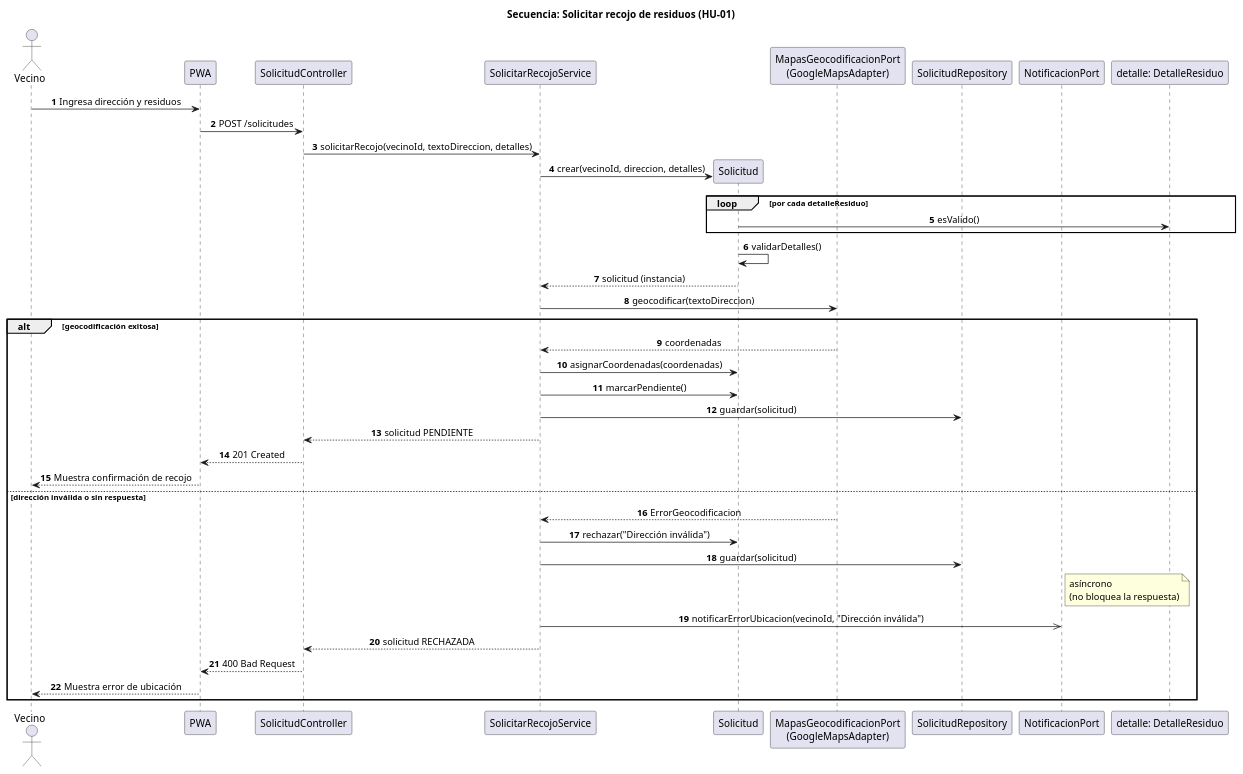
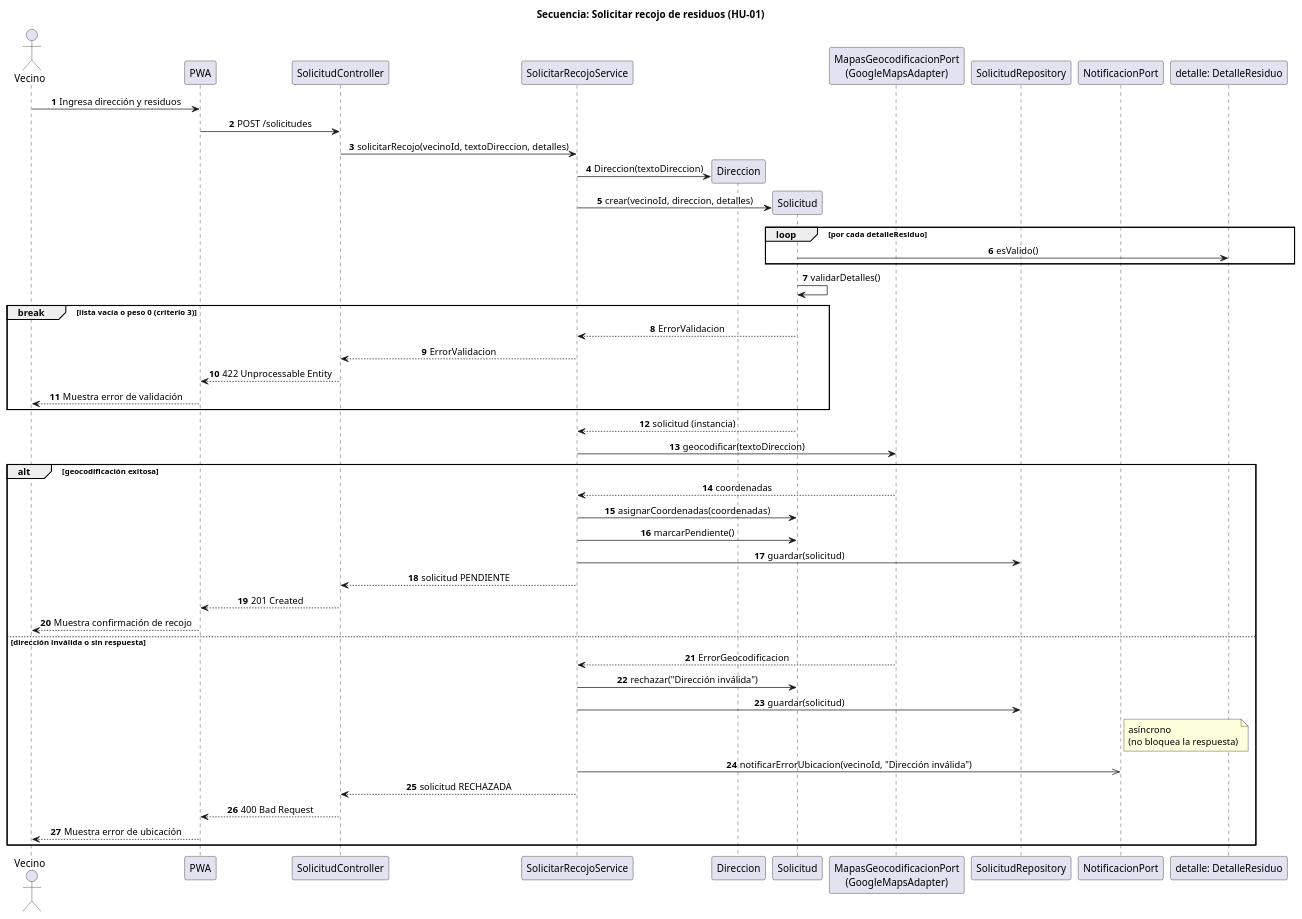
The diagram in docs/design/secuencia-solicitar-recojo.puml (AntonyCondori/AntonyCondori-cs-2026b-lab04-grupo10), drawn with PlantUML before and after one commit. The commit also changed 2 other files, not shown here.

```diff
--- a/docs/design/secuencia-solicitar-recojo.puml
+++ b/docs/design/secuencia-solicitar-recojo.puml
@@ -1,57 +1,65 @@
 @startuml secuencia-solicitar-recojo
 title Secuencia: Solicitar recojo de residuos (HU-01)
 skinparam shadowing false
 skinparam defaultFontName Arial
 skinparam sequenceMessageAlign center
 autonumber
 
 actor Vecino
 participant "PWA" as UI
 participant "SolicitudController" as C
 participant "SolicitarRecojoService" as S
+participant "Direccion" as D
 participant "Solicitud" as P
 participant "MapasGeocodificacionPort\n(GoogleMapsAdapter)" as G
 participant "SolicitudRepository" as R
 participant "NotificacionPort" as N
 
 Vecino -> UI : Ingresa dirección y residuos
 UI -> C : POST /solicitudes
 C -> S : solicitarRecojo(vecinoId, textoDireccion, detalles)
 
+S -> D ** : Direccion(textoDireccion)
 S -> P ** : crear(vecinoId, direccion, detalles)
 
 loop por cada detalleResiduo
     P -> "detalle: DetalleResiduo" : esValido()
 end
 
 P -> P : validarDetalles()
+break lista vacía o peso 0 (criterio 3)
+    P --> S : ErrorValidacion
+    S --> C : ErrorValidacion
+    C --> UI : 422 Unprocessable Entity
+    UI --> Vecino : Muestra error de validación
+end
 S <-- P : solicitud (instancia)
 
 S -> G : geocodificar(textoDireccion)
 
 alt geocodificación exitosa
     G --> S : coordenadas
     S -> P : asignarCoordenadas(coordenadas)
     S -> P : marcarPendiente()
     S -> R : guardar(solicitud)
     S --> C : solicitud PENDIENTE
     C --> UI : 201 Created
     UI --> Vecino : Muestra confirmación de recojo
     
 else dirección inválida o sin respuesta
     G --> S : ErrorGeocodificacion
     S -> P : rechazar("Dirección inválida")
     S -> R : guardar(solicitud)
     
     note right of N
         asíncrono
         (no bloquea la respuesta)
     end note
     S ->> N : notificarErrorUbicacion(vecinoId, "Dirección inválida")
     
     S --> C : solicitud RECHAZADA
     C --> UI : 400 Bad Request
     UI --> Vecino : Muestra error de ubicación
 end
 
 @enduml
```
